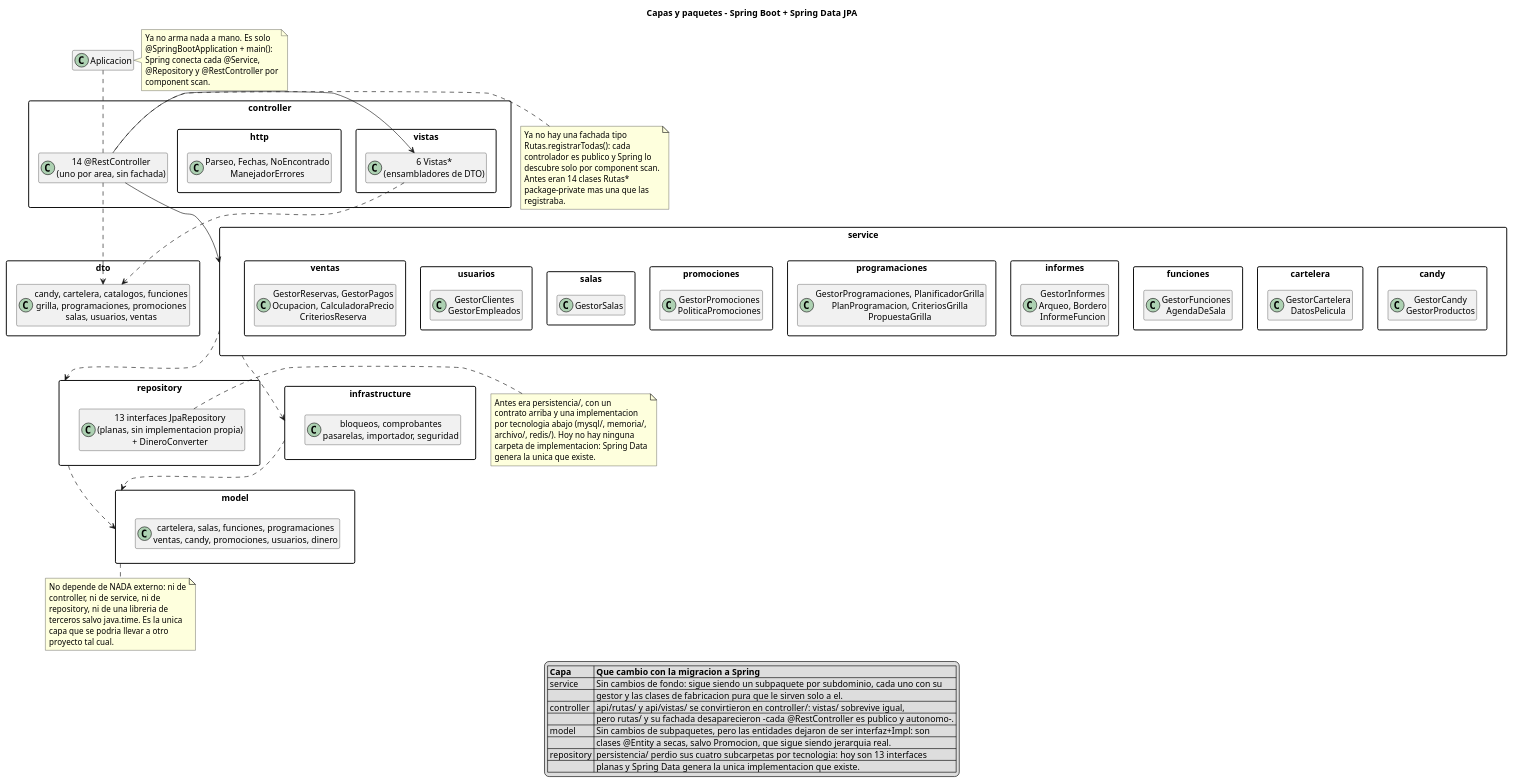
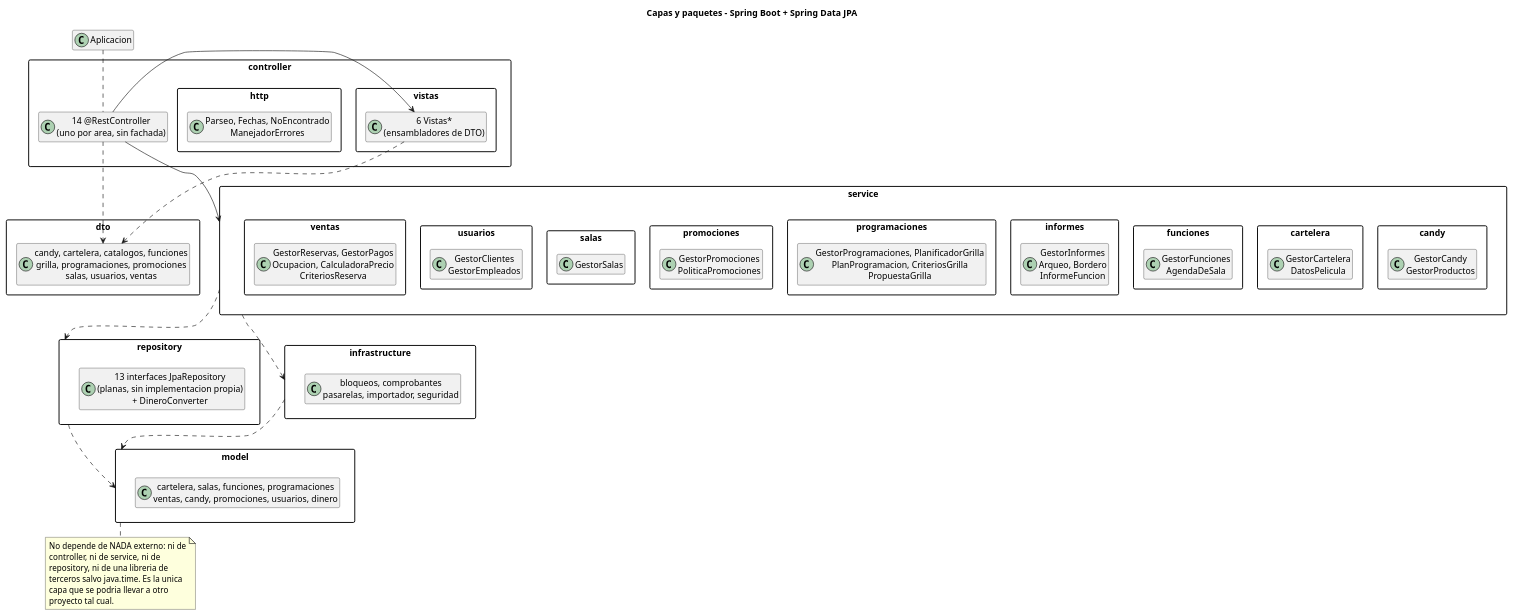
One commit to andreiveisuade/cine-uade changed the diagram in cine-backend/docs/diagramas/capas.puml. Above: the diagram before and after it, drawn with PlantUML. The commit also changed 17 other files, not shown here.

First line of the commit message:
docs(diagramas): sumar cinco diagramas y sacar el texto historico

```diff
--- a/cine-backend/docs/diagramas/capas.puml
+++ b/cine-backend/docs/diagramas/capas.puml
@@ -1,134 +1,89 @@
 @startuml capas
 title Capas y paquetes - Spring Boot + Spring Data JPA
 
 skinparam classAttributeIconSize 0
 skinparam packageStyle rectangle
 skinparam nodesep 12
 skinparam ranksep 40
 hide members
-
-' El 19/08/2026 el backend migro de Javalin+DAO a Spring Boot + Spring Data JPA.
-' Este diagrama reemplaza conceptualmente a clases-capas.puml para la vista de
-' paquetes: aquel muestra las clases y sus colaboraciones una por una, este
-' muestra donde vive cada cosa. Las clases y flechas de negocio siguen siendo
-' las de clases-capas.puml; aca no se repiten.
 
 package controller {
   package vistas {
     class "6 Vistas*\n(ensambladores de DTO)" as VistasInternas
   }
   package http {
     class "Parseo, Fechas, NoEncontrado\nManejadorErrores" as Http
   }
   class "14 @RestController\n(uno por area, sin fachada)" as Controllers
 }
 
 package dto {
   class "candy, cartelera, catalogos, funciones\ngrilla, programaciones, promociones\nsalas, usuarios, ventas" as Dtos
 }
 
 package service {
   package candy as srv_candy {
     class "GestorCandy\nGestorProductos" as SrvCandy
   }
   package cartelera as srv_cartelera {
     class "GestorCartelera\nDatosPelicula" as SrvCartelera
   }
   package funciones as srv_funciones {
     class "GestorFunciones\nAgendaDeSala" as SrvFunciones
   }
   package informes as srv_informes {
     class "GestorInformes\nArqueo, Bordero\nInformeFuncion" as SrvInformes
   }
   package programaciones as srv_programaciones {
     class "GestorProgramaciones, PlanificadorGrilla\nPlanProgramacion, CriteriosGrilla\nPropuestaGrilla" as SrvProgramaciones
   }
   package promociones as srv_promociones {
     class "GestorPromociones\nPoliticaPromociones" as SrvPromociones
   }
   package salas as srv_salas {
     class "GestorSalas" as SrvSalas
   }
   package usuarios as srv_usuarios {
     class "GestorClientes\nGestorEmpleados" as SrvUsuarios
   }
   package ventas as srv_ventas {
     class "GestorReservas, GestorPagos\nOcupacion, CalculadoraPrecio\nCriteriosReserva" as SrvVentas
   }
 }
 
 package model {
   class "cartelera, salas, funciones, programaciones\nventas, candy, promociones, usuarios, dinero" as DomSubpaquetes
 }
 
 package repository {
   class "13 interfaces JpaRepository\n(planas, sin implementacion propia)\n+ DineroConverter" as Repos
 }
 
 package infrastructure {
   class "bloqueos, comprobantes\npasarelas, importador, seguridad" as Infra
 }
 
 class Aplicacion
 
 Controllers -down-> service
 Controllers -right-> VistasInternas
 Controllers ..> Dtos
 VistasInternas ..> Dtos
 
 service ..> repository
 service ..> infrastructure
 repository ..> model
 infrastructure ..> model
 
 note bottom of model
   No depende de NADA externo: ni de
   controller, ni de service, ni de
   repository, ni de una libreria de
   terceros salvo java.time. Es la unica
   capa que se podria llevar a otro
   proyecto tal cual.
 end note
 
-note left of Controllers
-  Ya no hay una fachada tipo
-  Rutas.registrarTodas(): cada
-  controlador es publico y Spring lo
-  descubre solo por component scan.
-  Antes eran 14 clases Rutas*
-  package-private mas una que las
-  registraba.
-end note
-
-note left of Repos
-  Antes era persistencia/, con un
-  contrato arriba y una implementacion
-  por tecnologia abajo (mysql/, memoria/,
-  archivo/, redis/). Hoy no hay ninguna
-  carpeta de implementacion: Spring Data
-  genera la unica que existe.
-end note
-
-note right of Aplicacion
-  Ya no arma nada a mano. Es solo
-  @SpringBootApplication + main():
-  Spring conecta cada @Service,
-  @Repository y @RestController por
-  component scan.
-end note
-
 Aplicacion .. Controllers
 
-legend bottom
-  |= Capa |= Que cambio con la migracion a Spring |
-  | service | Sin cambios de fondo: sigue siendo un subpaquete por subdominio, cada uno con su |
-  |  | gestor y las clases de fabricacion pura que le sirven solo a el. |
-  | controller | api/rutas/ y api/vistas/ se convirtieron en controller/: vistas/ sobrevive igual, |
-  |  | pero rutas/ y su fachada desaparecieron -cada @RestController es publico y autonomo-. |
-  | model | Sin cambios de subpaquetes, pero las entidades dejaron de ser interfaz+Impl: son |
-  |  | clases @Entity a secas, salvo Promocion, que sigue siendo jerarquia real. |
-  | repository | persistencia/ perdio sus cuatro subcarpetas por tecnologia: hoy son 13 interfaces |
-  |  | planas y Spring Data genera la unica implementacion que existe. |
-endlegend
-
 @enduml
```
